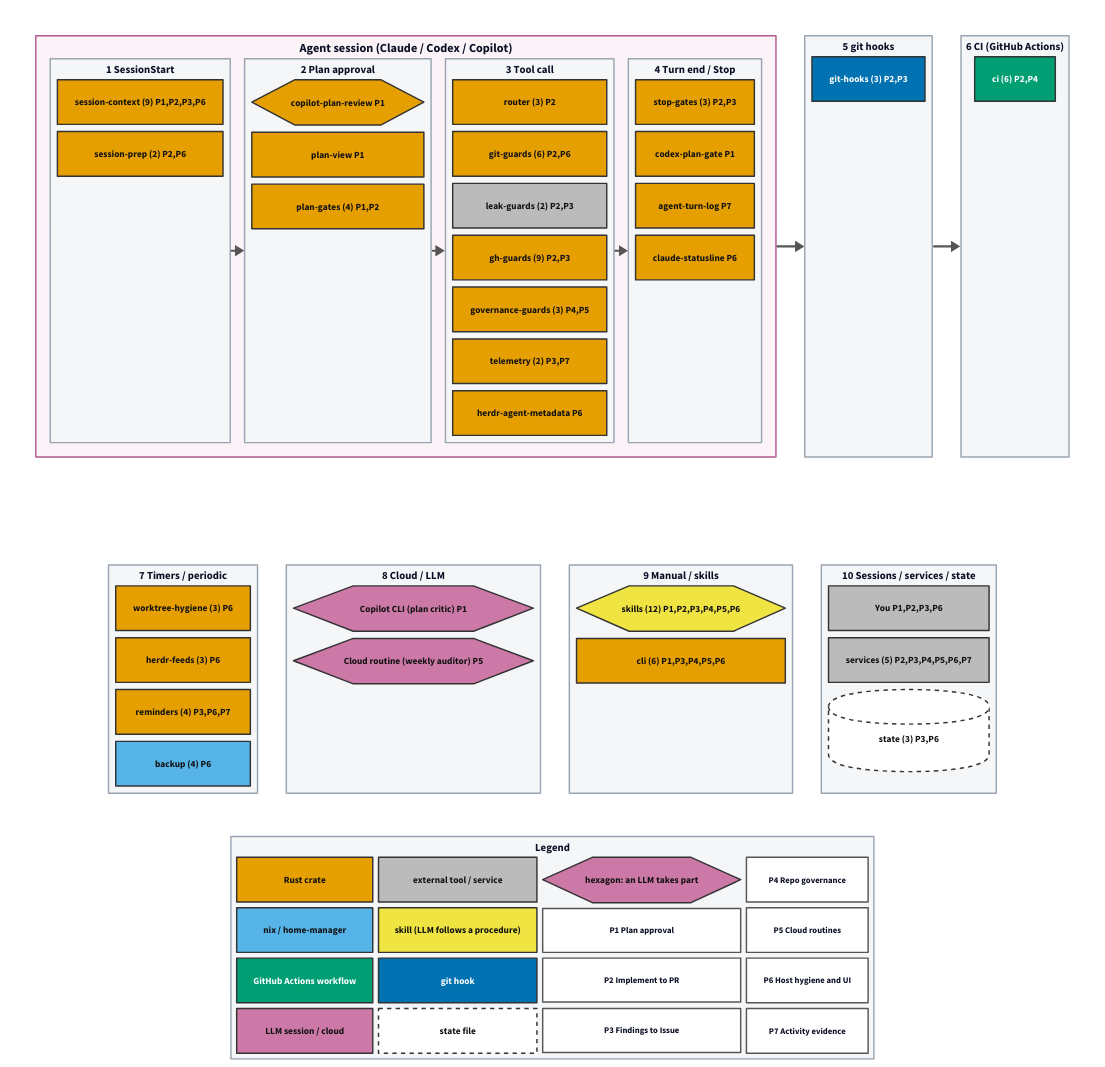
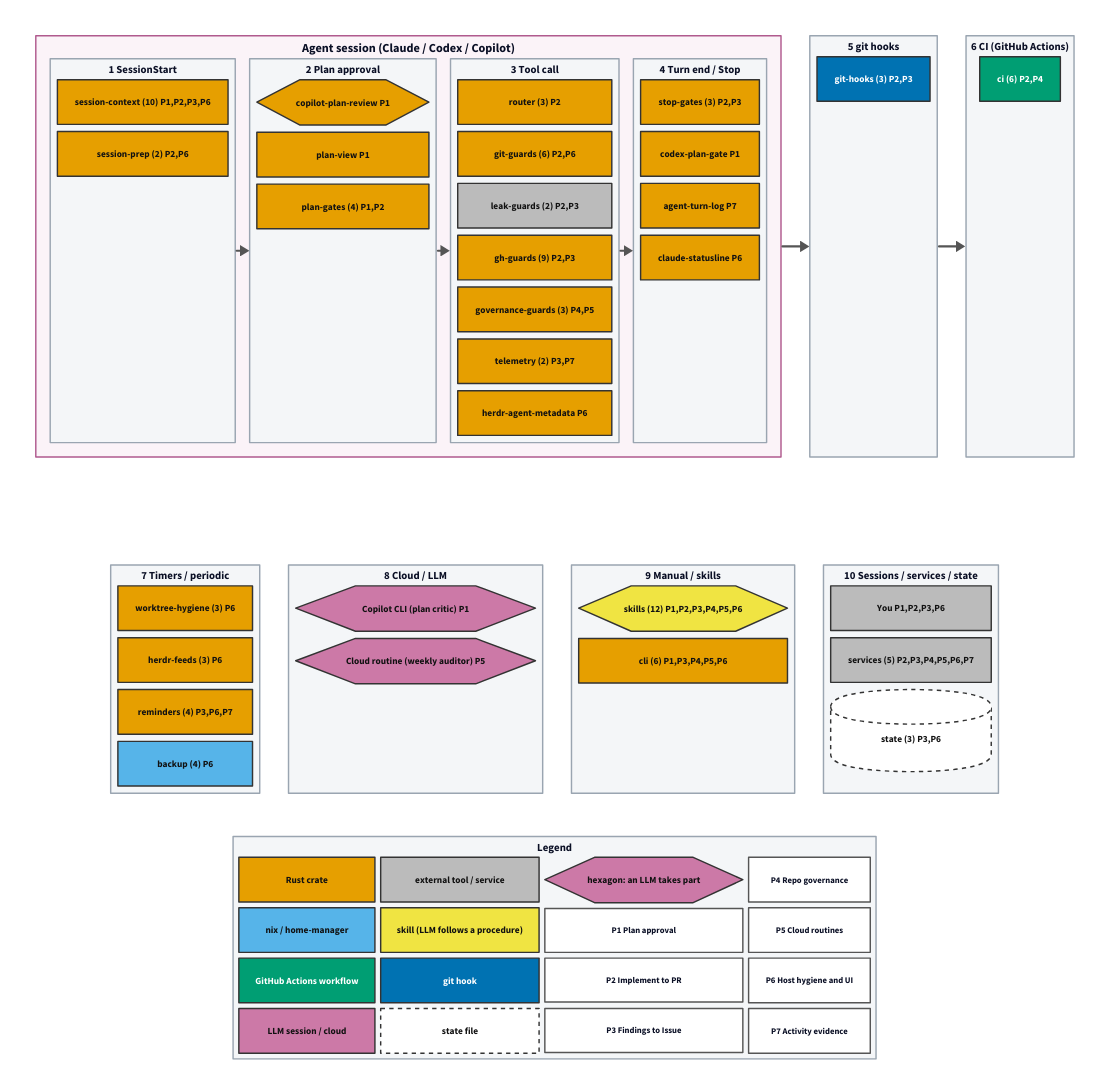
Before and after one commit to tarotene/dotfiles: the diagram in docs/assets/pipeline-map/overview.d2, drawn with D2. The commit also changed 12 other files, not shown here.

```diff
--- a/docs/assets/pipeline-map/overview.d2
+++ b/docs/assets/pipeline-map/overview.d2
@@ -178,7 +178,7 @@
       class: lane
       grid-columns: 1
       grid-gap: 10
-      g_session_context: "session-context (9)  P1,P2,P3,P6" {
+      g_session_context: "session-context (10)  P1,P2,P3,P6" {
         class: s_rust
       }
       g_session_prep: "session-prep (2)  P2,P6" {
```
